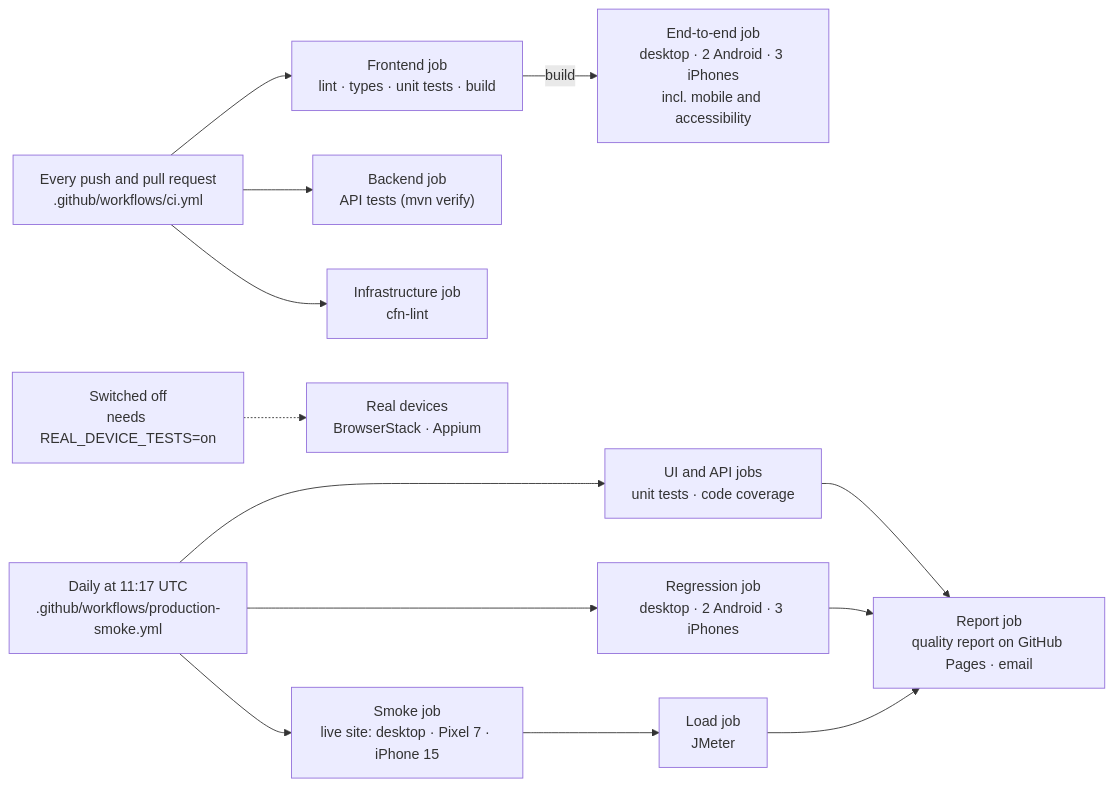
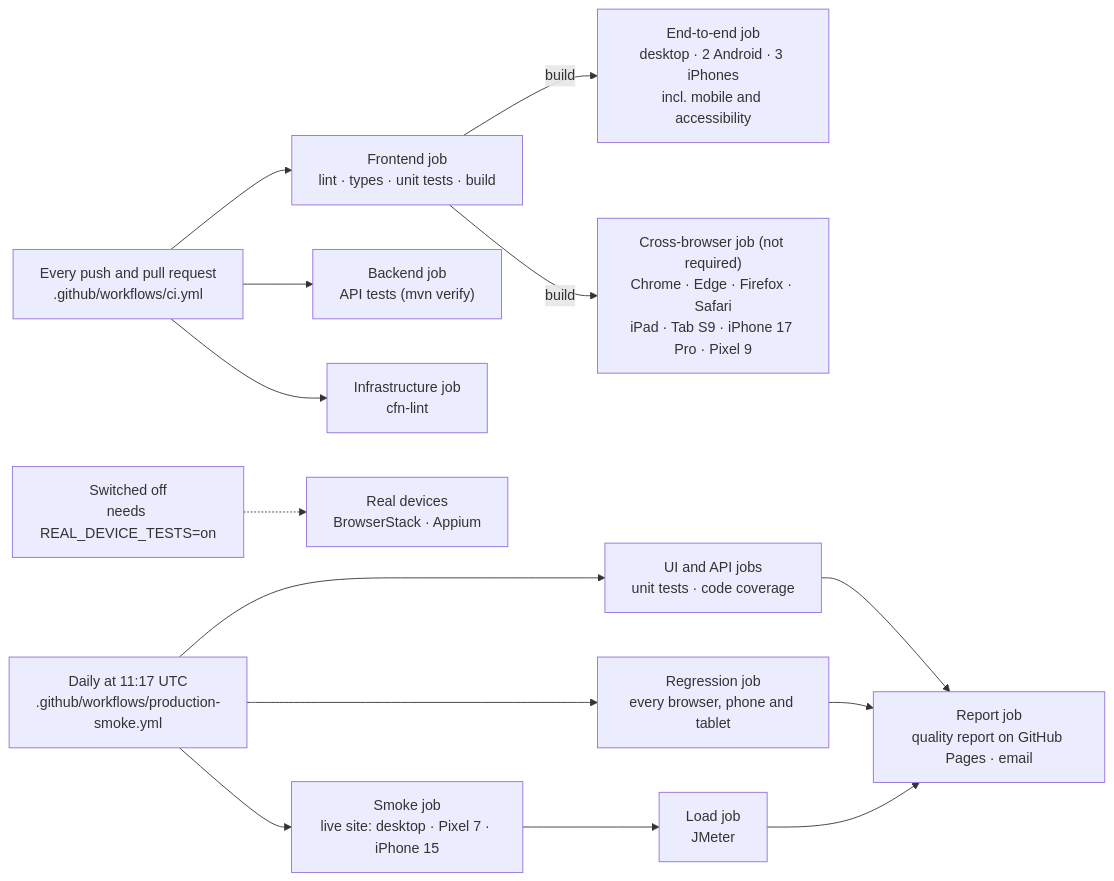
Before and after one commit to shane24sweeney/aboutshane: the first of 4 diagrams in docs/testing.md, drawn with Mermaid. The commit also changed other lines of this file and 10 other files, not shown here.

First line of the commit message:
Test on Chrome, Edge, Firefox, Safari, tablets and newer phones

````diff
--- a/docs/testing.md
+++ b/docs/testing.md
@@ -56,21 +56,22 @@
 ```mermaid
 flowchart LR
   push["Every push and pull request<br/>.github/workflows/ci.yml"]
   daily["Daily at 11:17 UTC<br/>.github/workflows/production-smoke.yml"]
   off["Switched off<br/>needs REAL_DEVICE_TESTS=on"]
 
   push --> frontend["Frontend job<br/>lint · types · unit tests · build"]
   push --> backend["Backend job<br/>API tests (mvn verify)"]
   push --> infra["Infrastructure job<br/>cfn-lint"]
   frontend -- "build" --> e2e["End-to-end job<br/>desktop · 2 Android · 3 iPhones<br/>incl. mobile and accessibility"]
+  frontend -- "build" --> xb["Cross-browser job (not required)<br/>Chrome · Edge · Firefox · Safari<br/>iPad · Tab S9 · iPhone 17 Pro · Pixel 9"]
 
   daily --> unit["UI and API jobs<br/>unit tests · code coverage"]
-  daily --> regression["Regression job<br/>desktop · 2 Android · 3 iPhones"]
+  daily --> regression["Regression job<br/>every browser, phone and tablet"]
   daily --> smoke["Smoke job<br/>live site: desktop · Pixel 7 · iPhone 15"]
   smoke --> load["Load job<br/>JMeter"]
   unit --> report["Report job<br/>quality report on GitHub Pages · email"]
   regression --> report
   load --> report
 
   off -.-> real["Real devices<br/>BrowserStack · Appium"]
 ```
````
